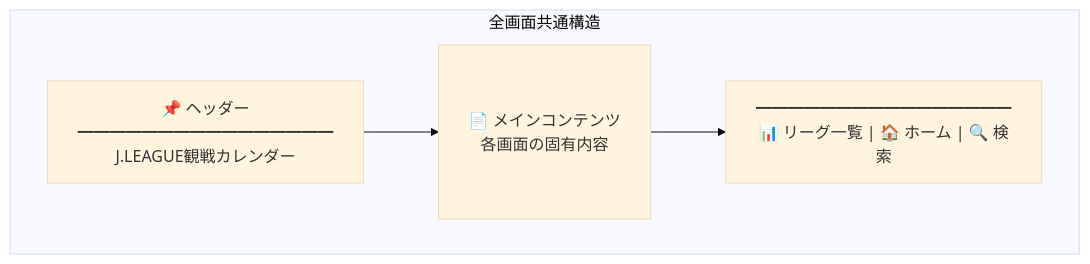
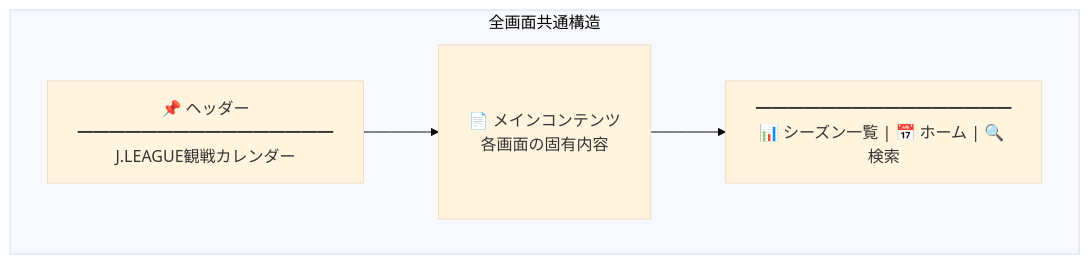
Before and after one commit to sion1073/jleague_watching_calendar: the second of 9 diagrams in docs/SCREEN_DESIGN.md, drawn with Mermaid (base theme). The commit also changed other lines of this file and 9 other files, not shown here.

````diff
--- a/docs/SCREEN_DESIGN.md
+++ b/docs/SCREEN_DESIGN.md
@@ -49,11 +49,11 @@
 ```mermaid
 graph TB
     subgraph "全画面共通構造"
         Header["📌 ヘッダー<br/>━━━━━━━━━━━━━━━━<br/>J.LEAGUE観戦カレンダー"]
         Content["<br/><br/>📄 メインコンテンツ<br/>各画面の固有内容<br/><br/><br/>"]
-        Footer["━━━━━━━━━━━━━━━━<br/>📊 リーグ一覧 | 🏠 ホーム | 🔍 検索"]
+        Footer["━━━━━━━━━━━━━━━━<br/>📊 シーズン一覧 | 📅 ホーム | 🔍 検索"]
     end
 
     Header --> Content
     Content --> Footer
 ```
````
